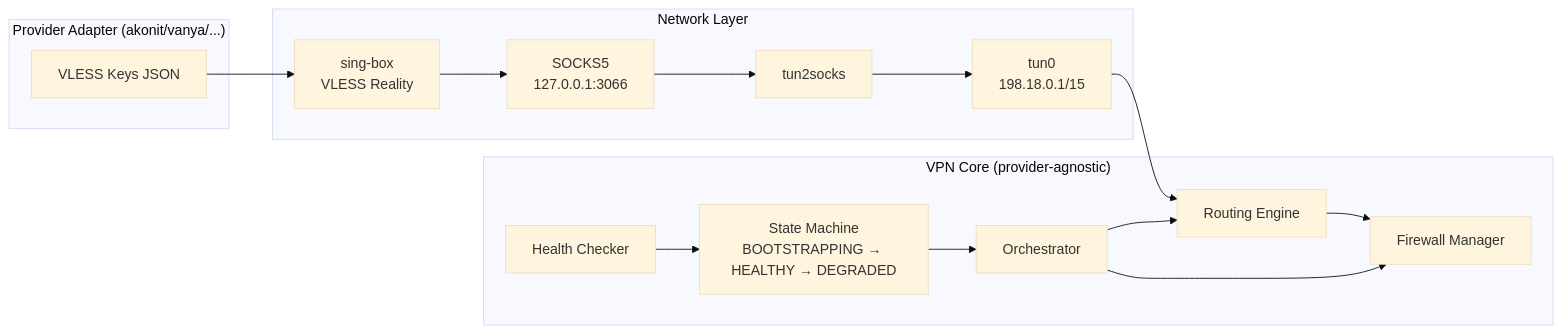
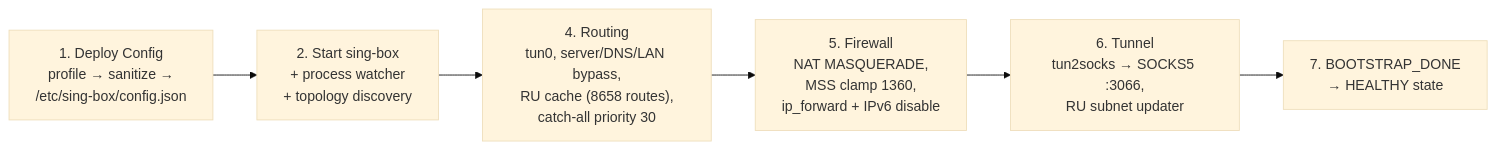
Before and after one commit to stan-buren/virtual-private-network: the third of 6 diagrams in README.md, drawn with Mermaid (base theme). The commit also changed other lines of this file, not shown here.

First line of the commit message:
docs: sync README with reality (just commands, not dagger call)

````diff
--- a/README.md
+++ b/README.md
@@ -13,32 +188,9 @@
 ```mermaid
 flowchart LR
-    subgraph Provider["Provider Adapter (akonit/vanya/...)"]
-        KEYS[VLESS Keys JSON]
-    end
-
-    subgraph Core["VPN Core (provider-agnostic)"]
-        SM[State Machine<br/>BOOTSTRAPPING → HEALTHY → DEGRADED]
-        ORCH[Orchestrator]
-        ROUTING[Routing Engine]
-        FW[Firewall Manager]
-        HC[Health Checker]
-    end
-
-    subgraph Network["Network Layer"]
-        SB[sing-box<br/>VLESS Reality]
-        SOCKS[SOCKS5<br/>127.0.0.1:3066]
-        T2S[tun2socks]
-        TUN[tun0<br/>198.18.0.1/15]
-    end
-
-    KEYS --> SB
-    SB --> SOCKS
-    SOCKS --> T2S
-    T2S --> TUN
-    TUN --> ROUTING
-    ROUTING --> FW
-    SM --> ORCH
-    ORCH --> ROUTING
-    ORCH --> FW
-    HC --> SM
+    S1["1. Deploy Config<br/>profile → sanitize →<br/>/etc/sing-box/config.json"] -->
+    S2["2. Start sing-box<br/>+ process watcher<br/>+ topology discovery"] -->
+    S4["4. Routing<br/>tun0, server/DNS/LAN bypass,<br/>RU cache (8658 routes),<br/>catch-all priority 30"] -->
+    S5["5. Firewall<br/>NAT MASQUERADE,<br/>MSS clamp 1360,<br/>ip_forward + IPv6 disable"] -->
+    S6["6. Tunnel<br/>tun2socks → SOCKS5 :3066,<br/>RU subnet updater"] -->
+    S7["7. BOOTSTRAP_DONE<br/>→ HEALTHY state"]
 ```
````
